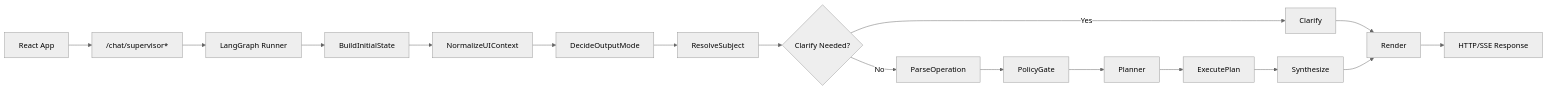
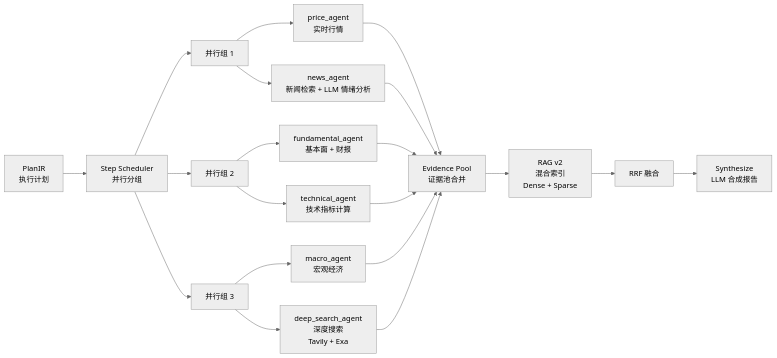
Before and after one commit to kkkano/FinSight: the third of 5 diagrams in readme.md, drawn with Mermaid (neutral theme). The commit also changed other lines of this file and 42 other files, not shown here.

````diff
--- a/readme.md
+++ b/readme.md
@@ -85,19 +245,28 @@
 ```mermaid
 flowchart LR
-    FE[React App] --> API["/chat/supervisor*"]
-    API --> G[LangGraph Runner]
-    G --> N1[BuildInitialState]
-    N1 --> N2[NormalizeUIContext]
-    N2 --> N3[DecideOutputMode]
-    N3 --> N4[ResolveSubject]
-    N4 --> N5{Clarify Needed?}
-    N5 -->|Yes| C[Clarify]
-    N5 -->|No| N6[ParseOperation]
-    C --> RENDER[Render]
-    N6 --> N7[PolicyGate]
-    N7 --> N8[Planner]
-    N8 --> N9[ExecutePlan]
-    N9 --> N10[Synthesize]
-    N10 --> RENDER
-    RENDER --> RESP[HTTP/SSE Response]
+    PLAN[PlanIR<br/>执行计划] --> SCHED[Step Scheduler<br/>并行分组]
+
+    SCHED --> G1[并行组 1]
+    SCHED --> G2[并行组 2]
+    SCHED --> G3[并行组 3]
+
+    G1 --> PA[price_agent<br/>实时行情]
+    G1 --> NA[news_agent<br/>新闻检索 + LLM 情绪分析]
+
+    G2 --> FA[fundamental_agent<br/>基本面 + 财报]
+    G2 --> TA[technical_agent<br/>技术指标计算]
+
+    G3 --> MA[macro_agent<br/>宏观经济]
+    G3 --> DA[deep_search_agent<br/>深度搜索<br/>Tavily + Exa]
+
+    PA --> POOL[Evidence Pool<br/>证据池合并]
+    NA --> POOL
+    FA --> POOL
+    TA --> POOL
+    MA --> POOL
+    DA --> POOL
+
+    POOL --> RAG[RAG v2<br/>混合索引<br/>Dense + Sparse]
+    RAG --> RRF[RRF 融合]
+    RRF --> SYN[Synthesize<br/>LLM 合成报告]
 ```
````
